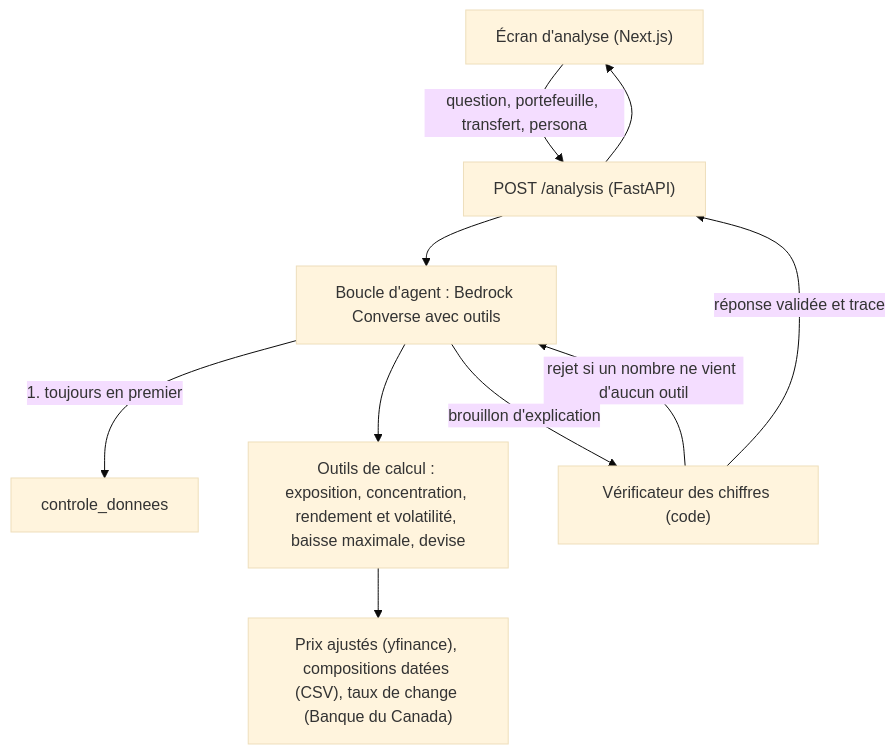
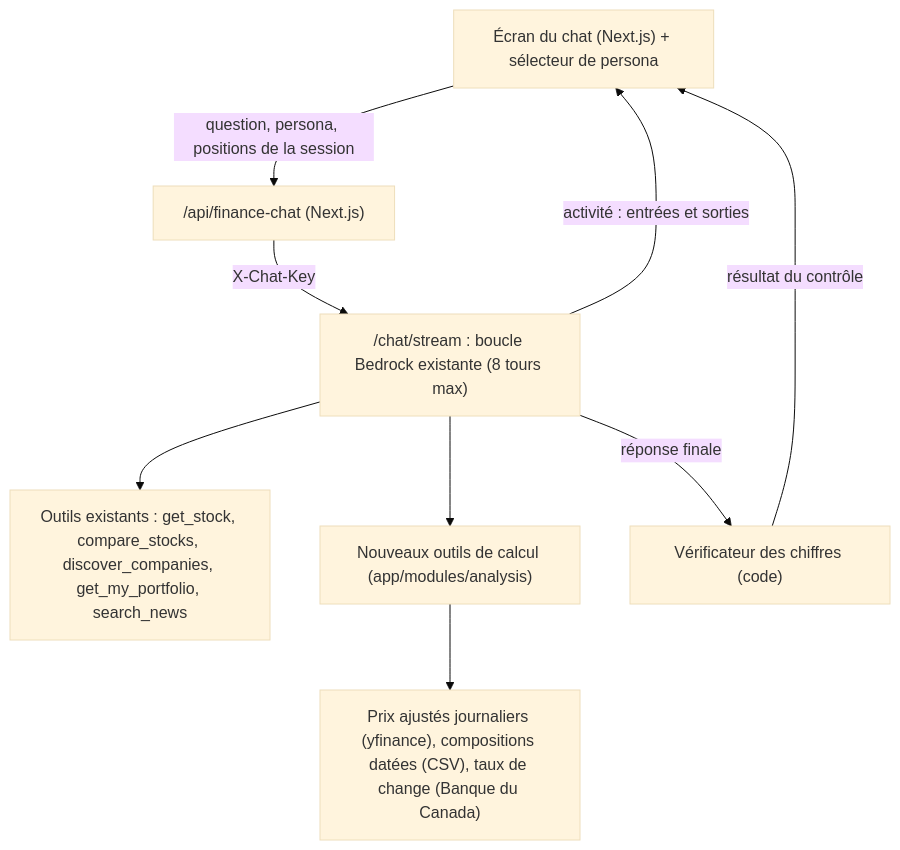
The diagram in roadmap/ROADMAP-AGENT-CALCUL.md (tarteeg/datathon-polyfinance), drawn with Mermaid (base theme) before and after one commit. The commit also changed other lines of this file, not shown here.

Commit message:
docs: build the calculation agent on the existing finance chat

````diff
--- a/roadmap/ROADMAP-AGENT-CALCUL.md
+++ b/roadmap/ROADMAP-AGENT-CALCUL.md
@@ -31,12 +47,11 @@
 ```mermaid
 flowchart TD
-    UI["Écran d'analyse (Next.js)"] -->|question, portefeuille, transfert, persona| Route["POST /analysis (FastAPI)"]
-    Route --> Agent["Boucle d'agent : Bedrock Converse avec outils"]
-    Agent -->|1. toujours en premier| Check["controle_donnees"]
-    Agent --> Tools["Outils de calcul : exposition, concentration, rendement et volatilité, baisse maximale, devise"]
-    Tools --> Data["Prix ajustés (yfinance), compositions datées (CSV), taux de change (Banque du Canada)"]
-    Agent -->|brouillon d'explication| Verif["Vérificateur des chiffres (code)"]
-    Verif -->|rejet si un nombre ne vient d'aucun outil| Agent
-    Verif -->|réponse validée et trace| Route
-    Route --> UI
+    UI["Écran du chat (Next.js) + sélecteur de persona"] -->|question, persona, positions de la session| Proxy["/api/finance-chat (Next.js)"]
+    Proxy -->|X-Chat-Key| Loop["/chat/stream : boucle Bedrock existante (8 tours max)"]
+    Loop --> Existing["Outils existants : get_stock, compare_stocks, discover_companies, get_my_portfolio, search_news"]
+    Loop --> Calc["Nouveaux outils de calcul (app/modules/analysis)"]
+    Calc --> Data["Prix ajustés journaliers (yfinance), compositions datées (CSV), taux de change (Banque du Canada)"]
+    Loop -->|réponse finale| Verif["Vérificateur des chiffres (code)"]
+    Verif -->|résultat du contrôle| UI
+    Loop -->|activité : entrées et sorties| UI
 ```
````
